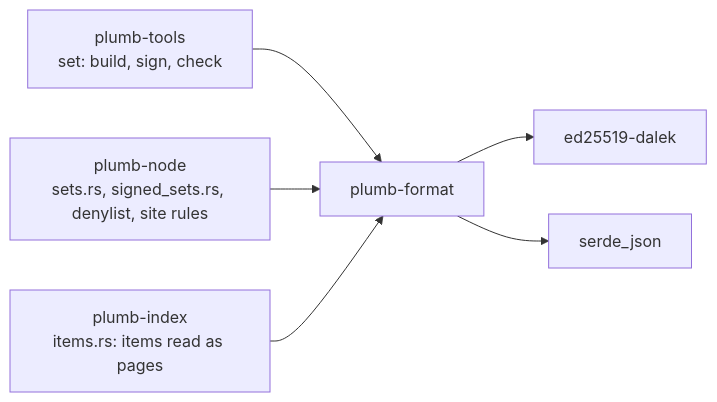
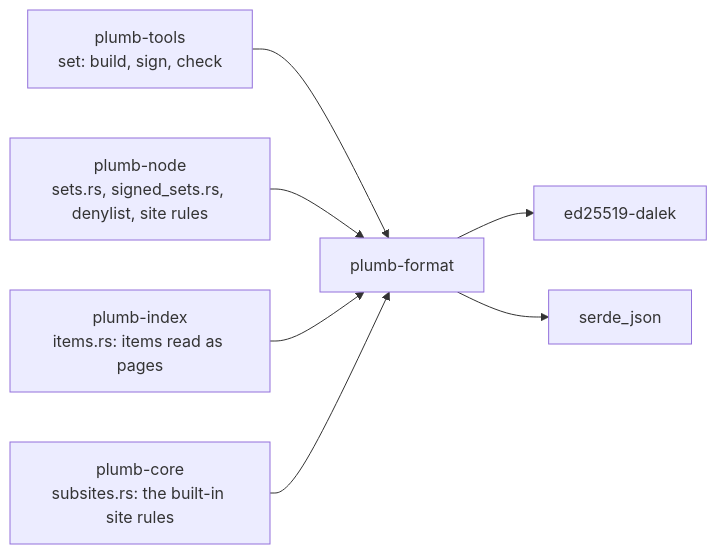
Before and after one commit to SueHeir/plumb-search: the first of 2 diagrams in crates/plumb-format/README.md, drawn with Mermaid. The commit also changed other lines of this file and 13 other files, not shown here.

First line of the commit message:
plumb-core on plumb-format: one site-rules code, sites as items

````diff
--- a/crates/plumb-format/README.md
+++ b/crates/plumb-format/README.md
@@ -19,8 +19,9 @@
 ```mermaid
 flowchart LR
   tools["plumb-tools<br/>set: build, sign, check"] --> format["plumb-format"]
   node["plumb-node<br/>sets.rs, signed_sets.rs, denylist, site rules"] --> format
   index["plumb-index<br/>items.rs: items read as pages"] --> format
+  core["plumb-core<br/>subsites.rs: the built-in site rules"] --> format
   format --> ed["ed25519-dalek"]
   format --> json["serde_json"]
 ```
````
